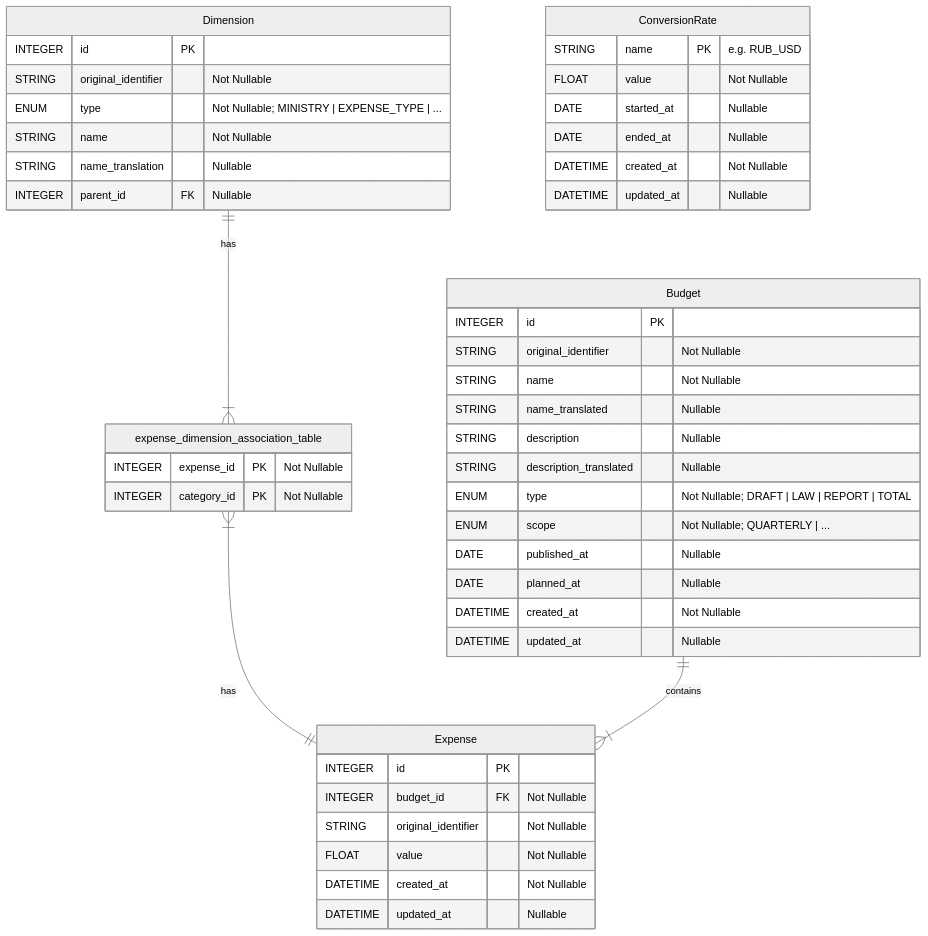
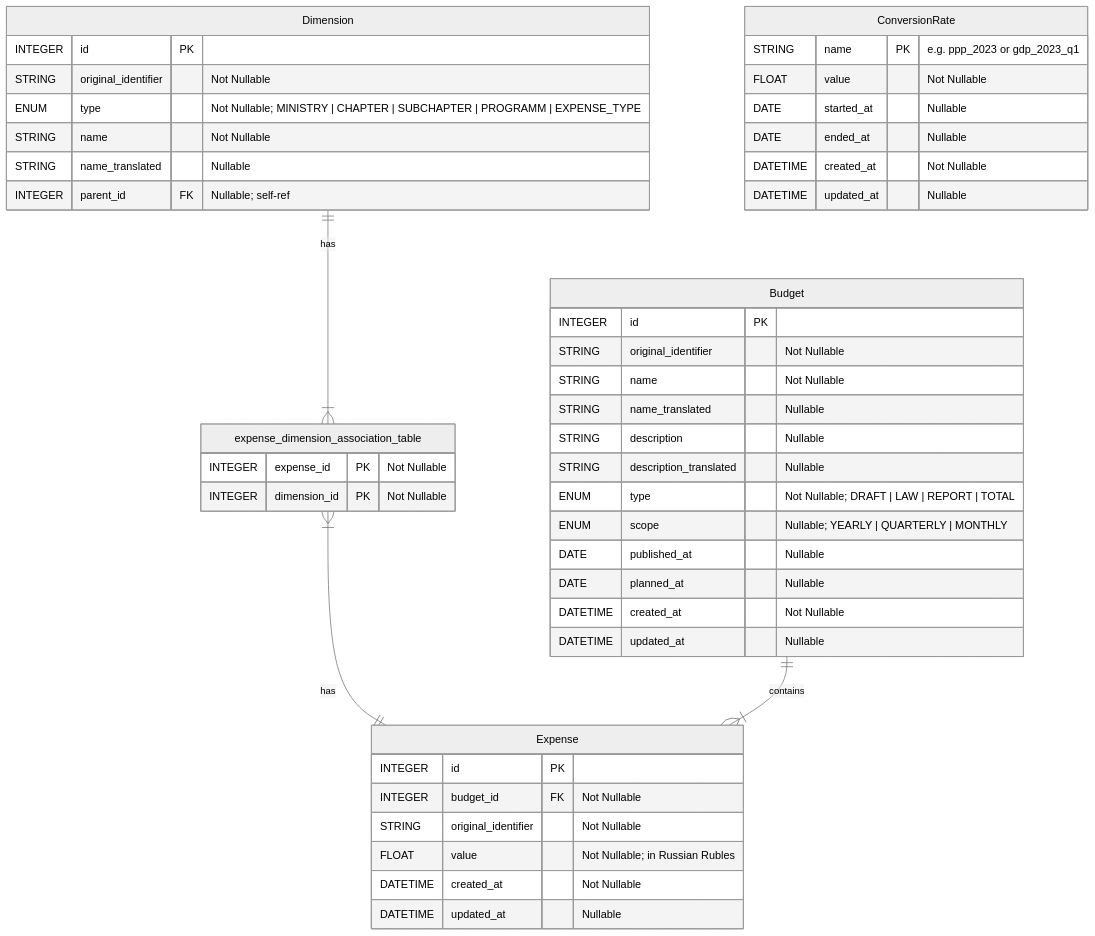
The first of 2 diagrams in README.md (swp-berlin/ru_budget_tracker), drawn with Mermaid (neutral theme) before and after one commit. The commit also changed other lines of this file and 28 other files, not shown here.

````diff
--- a/README.md
+++ b/README.md
@@ -113,48 +160,48 @@
 ```mermaid
 erDiagram
-	Dimension {
-	  INTEGER id PK
-	  STRING original_identifier "Not Nullable"
-	  ENUM type "Not Nullable; MINISTRY | EXPENSE_TYPE | ..."
-	  STRING name "Not Nullable"
-	  STRING name_translation "Nullable"
-	  INTEGER parent_id FK "Nullable"
-  }
-  Dimension ||--|{ expense_dimension_association_table : has
-  expense_dimension_association_table {
-	  INTEGER expense_id PK "Not Nullable"
-	  INTEGER category_id PK "Not Nullable"
-	}
-	expense_dimension_association_table }|--|| Expense : has
-  Expense {
-	  INTEGER id PK
-	  INTEGER budget_id FK "Not Nullable"
-	  STRING original_identifier "Not Nullable"
-	  FLOAT value "Not Nullable"
-	  DATETIME created_at "Not Nullable"
-	  DATETIME updated_at "Nullable"
-  }
-  Budget ||--|{ Expense : contains
-	Budget {
-	  INTEGER id PK
-	  STRING original_identifier "Not Nullable"
-	  STRING name "Not Nullable"
-	  STRING name_translated "Nullable"
-	  STRING description "Nullable"
-	  STRING description_translated "Nullable"
-	  ENUM type "Not Nullable; DRAFT | LAW | REPORT | TOTAL"
-	  ENUM scope "Not Nullable; QUARTERLY | ... "
-	  DATE published_at "Nullable"
-	  DATE planned_at "Nullable"
-	  DATETIME created_at "Not Nullable"
-	  DATETIME updated_at "Nullable"
-	}
-  ConversionRate{
-   STRING name PK "e.g. RUB_USD"
-   FLOAT value "Not Nullable"
-   DATE started_at "Nullable"
-   DATE ended_at "Nullable"
-   DATETIME created_at "Not Nullable"
-   DATETIME updated_at "Nullable"
-  }
+    Dimension {
+        INTEGER id PK
+        STRING original_identifier "Not Nullable"
+        ENUM type "Not Nullable; MINISTRY | CHAPTER | SUBCHAPTER | PROGRAMM | EXPENSE_TYPE"
+        STRING name "Not Nullable"
+        STRING name_translated "Nullable"
+        INTEGER parent_id FK "Nullable; self-ref"
+    }
+    Dimension ||--|{ expense_dimension_association_table : has
+    expense_dimension_association_table {
+        INTEGER expense_id PK "Not Nullable"
+        INTEGER dimension_id PK "Not Nullable"
+    }
+    expense_dimension_association_table }|--|| Expense : has
+    Expense {
+        INTEGER id PK
+        INTEGER budget_id FK "Not Nullable"
+        STRING original_identifier "Not Nullable"
+        FLOAT value "Not Nullable; in Russian Rubles"
+        DATETIME created_at "Not Nullable"
+        DATETIME updated_at "Nullable"
+    }
+    Budget ||--|{ Expense : contains
+    Budget {
+        INTEGER id PK
+        STRING original_identifier "Not Nullable"
+        STRING name "Not Nullable"
+        STRING name_translated "Nullable"
+        STRING description "Nullable"
+        STRING description_translated "Nullable"
+        ENUM type "Not Nullable; DRAFT | LAW | REPORT | TOTAL"
+        ENUM scope "Nullable; YEARLY | QUARTERLY | MONTHLY"
+        DATE published_at "Nullable"
+        DATE planned_at "Nullable"
+        DATETIME created_at "Not Nullable"
+        DATETIME updated_at "Nullable"
+    }
+    ConversionRate {
+        STRING name PK "e.g. ppp_2023 or gdp_2023_q1"
+        FLOAT value "Not Nullable"
+        DATE started_at "Nullable"
+        DATE ended_at "Nullable"
+        DATETIME created_at "Not Nullable"
+        DATETIME updated_at "Nullable"
+    }
 ```
````
